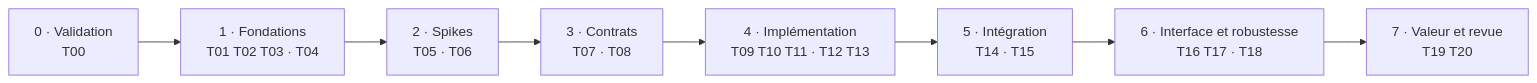
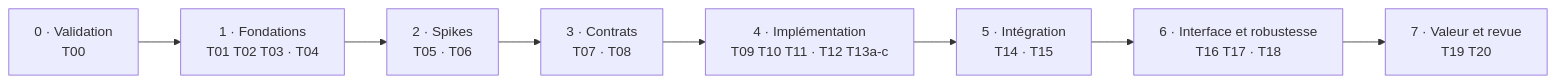
One commit to francoisduperier167-jpg/GODOT_DEV_MAPPER changed the diagram in docs/orchestration.md. Above: the diagram before and after it, drawn with Mermaid. The commit also changed other lines of this file and 15 other files, not shown here.

````diff
--- a/docs/orchestration.md
+++ b/docs/orchestration.md
@@ -49,10 +53,10 @@
 ```mermaid
 flowchart LR
   E0["0 · Validation<br/>T00"] --> E1["1 · Fondations<br/>T01 T02 T03 · T04"]
   E1 --> E2["2 · Spikes<br/>T05 · T06"]
   E2 --> E3["3 · Contrats<br/>T07 · T08"]
-  E3 --> E4["4 · Implémentation<br/>T09 T10 T11 · T12 T13"]
+  E3 --> E4["4 · Implémentation<br/>T09 T10 T11 · T12 T13a-c"]
   E4 --> E5["5 · Intégration<br/>T14 · T15"]
   E5 --> E6["6 · Interface et robustesse<br/>T16 T17 · T18"]
   E6 --> E7["7 · Valeur et revue<br/>T19 T20"]
 ```
````
